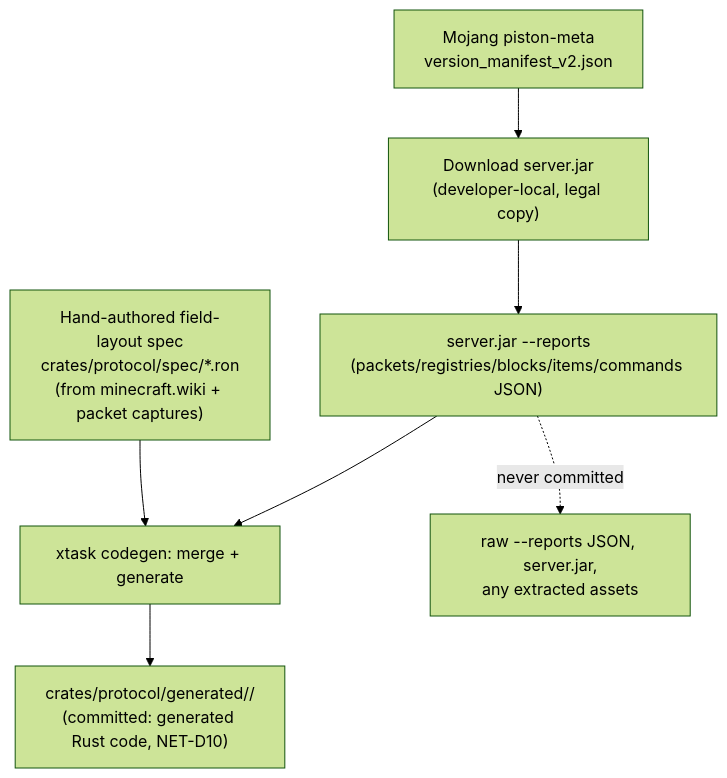
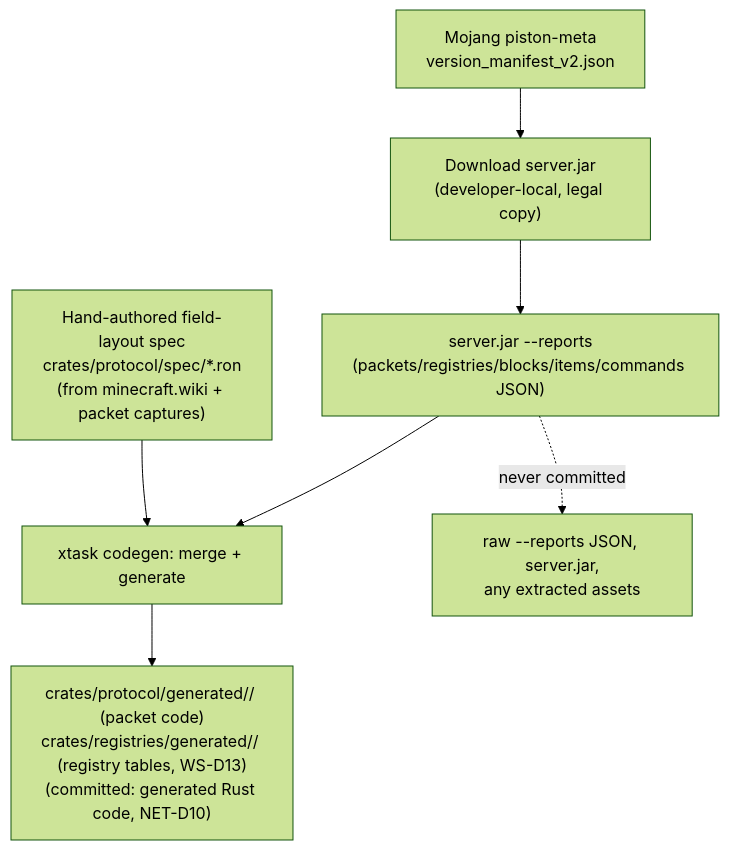
The third of 3 diagrams in docs/planning/02-protocol-networking.md (FynnAI/rusty-clanker), drawn with Mermaid (forest theme) before and after one commit. The commit also changed other lines of this file and 17 other files, not shown here.

````diff
--- a/docs/planning/02-protocol-networking.md
+++ b/docs/planning/02-protocol-networking.md
@@ -66,9 +66,9 @@
 ```mermaid
 flowchart TD
     A["Mojang piston-meta\nversion_manifest_v2.json"] --> B["Download server.jar\n(developer-local, legal copy)"]
     B --> C["server.jar --reports\n(packets/registries/blocks/items/commands JSON)"]
     D["Hand-authored field-layout spec\ncrates/protocol/spec/*.ron\n(from minecraft.wiki + packet captures)"] --> E
     C --> E["xtask codegen: merge + generate"]
-    E --> F["crates/protocol/generated/<protocol-version>/\n(committed: generated Rust code, NET-D10)"]
+    E --> F["crates/protocol/generated/<protocol-version>/ (packet code)\ncrates/registries/generated/<protocol-version>/ (registry tables, WS-D13)\n(committed: generated Rust code, NET-D10)"]
     C -.never committed.-> X["raw --reports JSON, server.jar,\nany extracted assets"]
 ```
````
